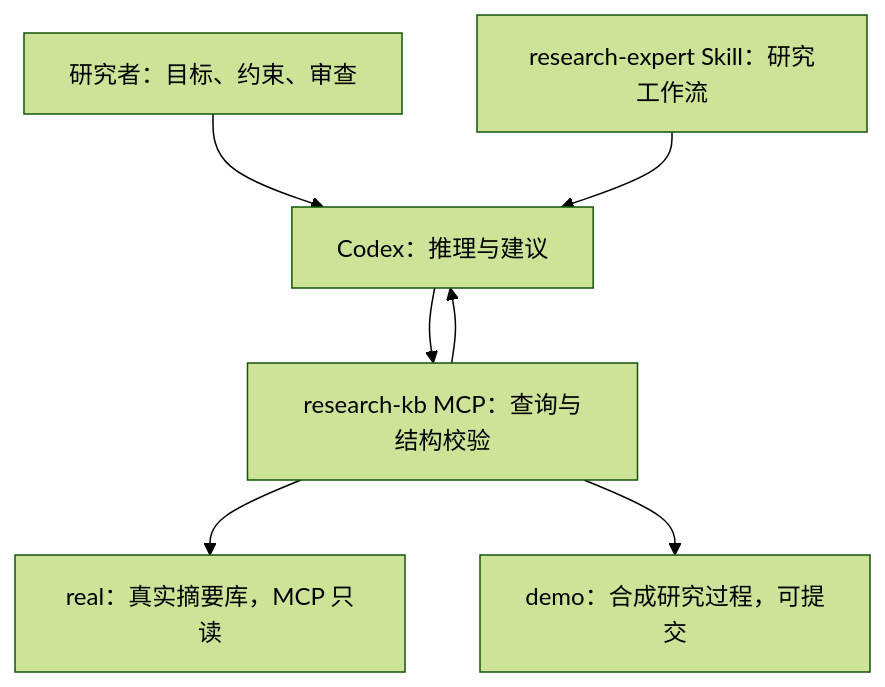
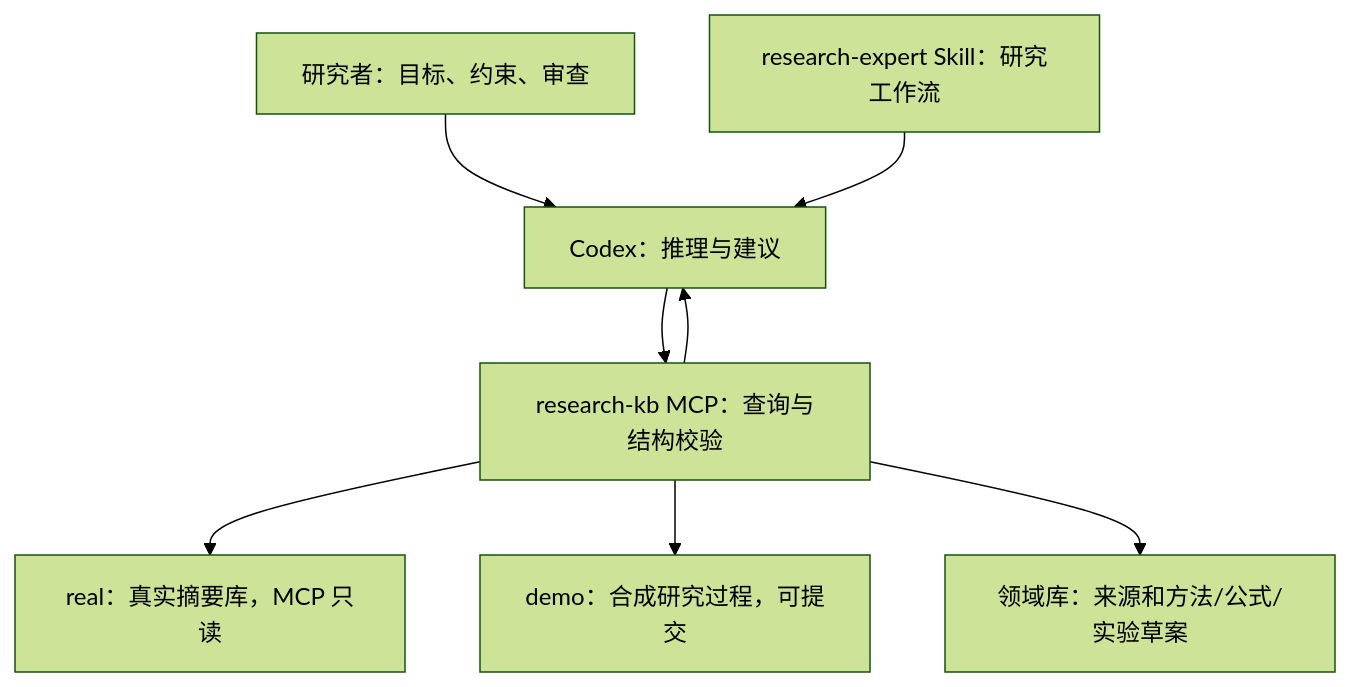
Before and after one commit to qiuwutong2/research-state-kb: the diagram in README.md, drawn with Mermaid (forest theme). The commit also changed other lines of this file and 15 other files, not shown here.

````diff
--- a/README.md
+++ b/README.md
@@ -137,9 +149,10 @@
 ```mermaid
 flowchart TD
     U[研究者：目标、约束、审查] --> C[Codex：推理与建议]
     S[research-expert Skill：研究工作流] --> C
     C --> M[research-kb MCP：查询与结构校验]
     M --> R[real：真实摘要库，MCP 只读]
     M --> D[demo：合成研究过程，可提交]
+    M --> L[领域库：来源和方法/公式/实验草案]
     M --> C
 ```
````
